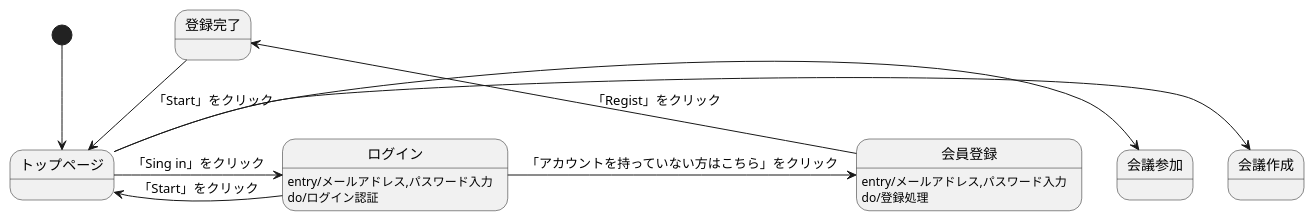
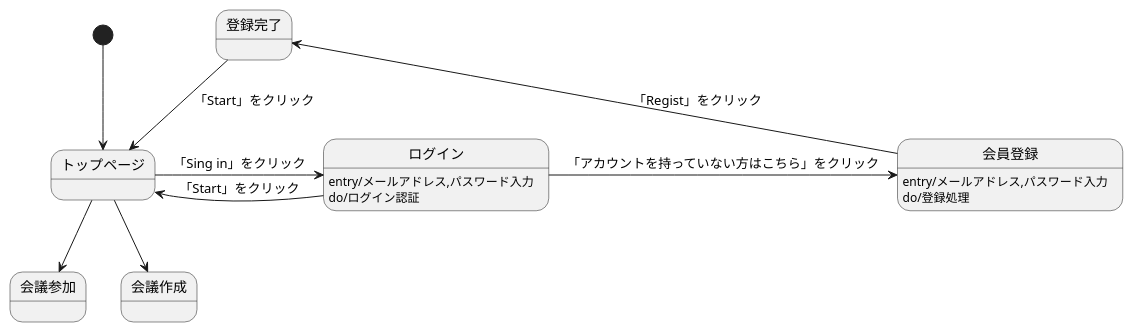
Before and after one commit to Aso2001031/2021sys-design: the diagram in 画面遷移図.md, drawn with PlantUML.

````diff
--- a/画面遷移図.md
+++ b/画面遷移図.md
@@ -1,24 +1,24 @@
 ```uml
 @startuml
 
 [*] -down-> トップページ
 
 
 トップページ -right-> ログイン :「Sing in」をクリック
-トップページ -> 会議参加
-トップページ -> 会議作成
+トップページ -down-> 会議参加
+トップページ -down-> 会議作成
 
 
 ログイン : entry/メールアドレス,パスワード入力
 ログイン : do/ログイン認証
 ログイン -left-> トップページ :「Start」をクリック
 ログイン -right-> 会員登録 :「アカウントを持っていない方はこちら」をクリック
 
 会員登録 : entry/メールアドレス,パスワード入力
 会員登録 : do/登録処理
 会員登録 -up-> 登録完了 : 「Regist」をクリック
 
 登録完了 -> トップページ :「Start」をクリック
 
 @enduml
 ```
````
